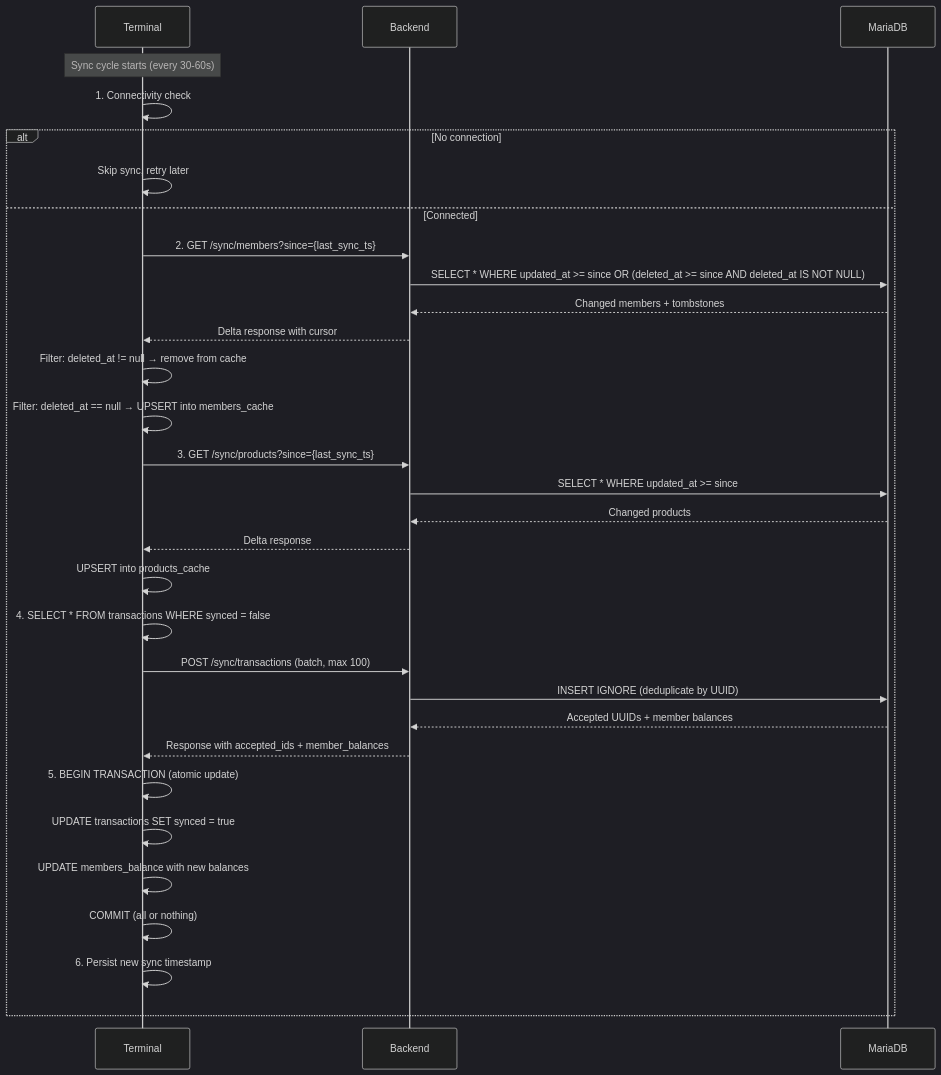
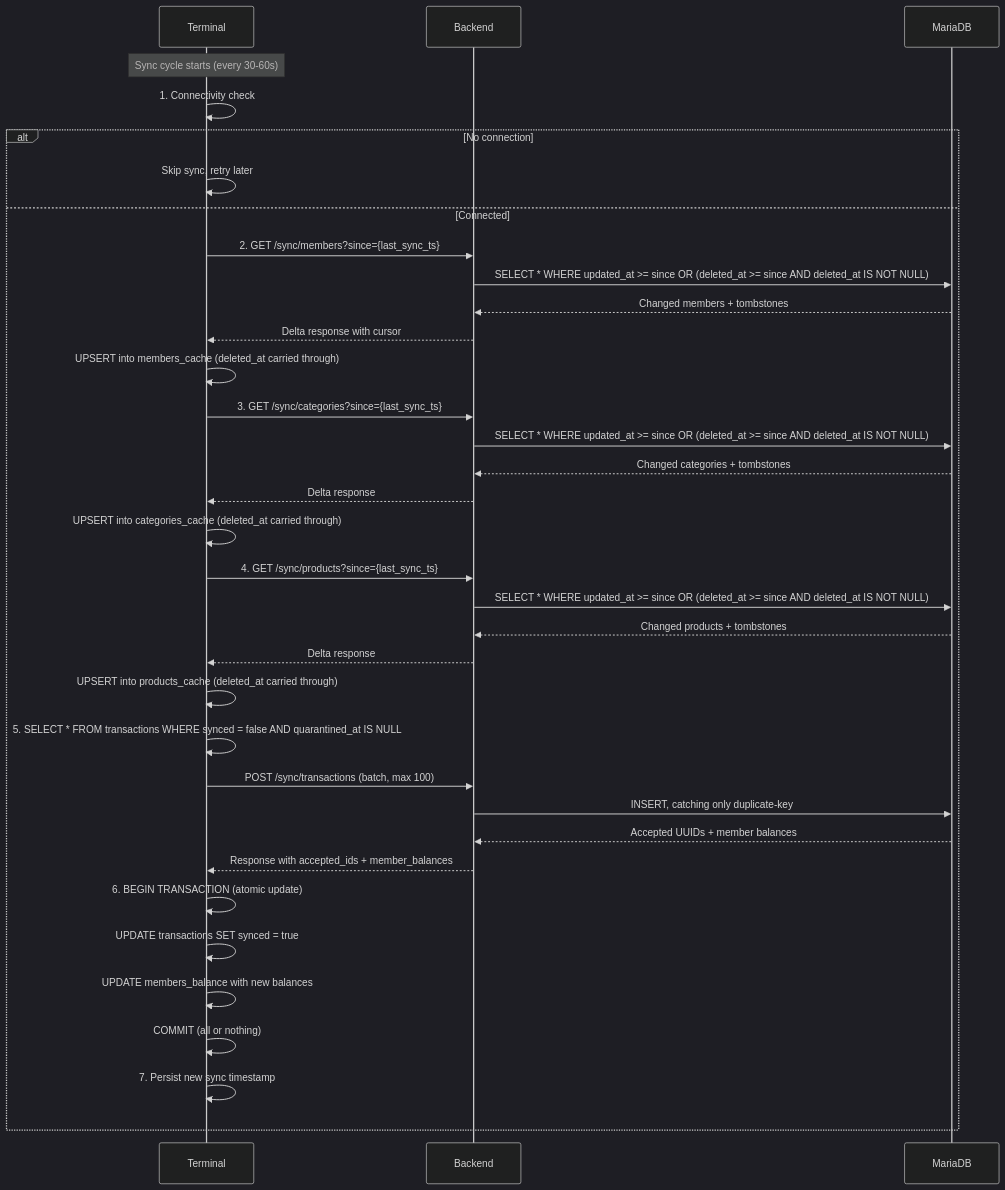
The second of 2 diagrams in adr/0012-eventual-consistency-frontend-caching.md (dgloeckner/clubbar), drawn with Mermaid (dark theme) before and after one commit. The commit also changed other lines of this file, not shown here.

````diff
--- a/adr/0012-eventual-consistency-frontend-caching.md
+++ b/adr/0012-eventual-consistency-frontend-caching.md
@@ -76,39 +79,44 @@
 ```mermaid
 sequenceDiagram
     participant T as Terminal
     participant B as Backend
     participant DB as MariaDB
 
     Note over T: Sync cycle starts (every 30-60s)
 
     T->>T: 1. Connectivity check
     alt No connection
         T->>T: Skip sync, retry later
     else Connected
         T->>B: 2. GET /sync/members?since={last_sync_ts}
         B->>DB: SELECT * WHERE updated_at >= since OR (deleted_at >= since AND deleted_at IS NOT NULL)
         DB-->>B: Changed members + tombstones
         B-->>T: Delta response with cursor
-        T->>T: Filter: deleted_at != null → remove from cache
-        T->>T: Filter: deleted_at == null → UPSERT into members_cache
+        T->>T: UPSERT into members_cache (deleted_at carried through)
 
-        T->>B: 3. GET /sync/products?since={last_sync_ts}
-        B->>DB: SELECT * WHERE updated_at >= since
-        DB-->>B: Changed products
+        T->>B: 3. GET /sync/categories?since={last_sync_ts}
+        B->>DB: SELECT * WHERE updated_at >= since OR (deleted_at >= since AND deleted_at IS NOT NULL)
+        DB-->>B: Changed categories + tombstones
         B-->>T: Delta response
-        T->>T: UPSERT into products_cache
+        T->>T: UPSERT into categories_cache (deleted_at carried through)
 
-        T->>T: 4. SELECT * FROM transactions WHERE synced = false
+        T->>B: 4. GET /sync/products?since={last_sync_ts}
+        B->>DB: SELECT * WHERE updated_at >= since OR (deleted_at >= since AND deleted_at IS NOT NULL)
+        DB-->>B: Changed products + tombstones
+        B-->>T: Delta response
+        T->>T: UPSERT into products_cache (deleted_at carried through)
+
+        T->>T: 5. SELECT * FROM transactions WHERE synced = false AND quarantined_at IS NULL
         T->>B: POST /sync/transactions (batch, max 100)
-        B->>DB: INSERT IGNORE (deduplicate by UUID)
+        B->>DB: INSERT, catching only duplicate-key
         DB-->>B: Accepted UUIDs + member balances
         B-->>T: Response with accepted_ids + member_balances
 
-        T->>T: 5. BEGIN TRANSACTION (atomic update)
+        T->>T: 6. BEGIN TRANSACTION (atomic update)
         T->>T: UPDATE transactions SET synced = true
         T->>T: UPDATE members_balance with new balances
         T->>T: COMMIT (all or nothing)
 
-        T->>T: 6. Persist new sync timestamp
+        T->>T: 7. Persist new sync timestamp
     end
 ```
````
